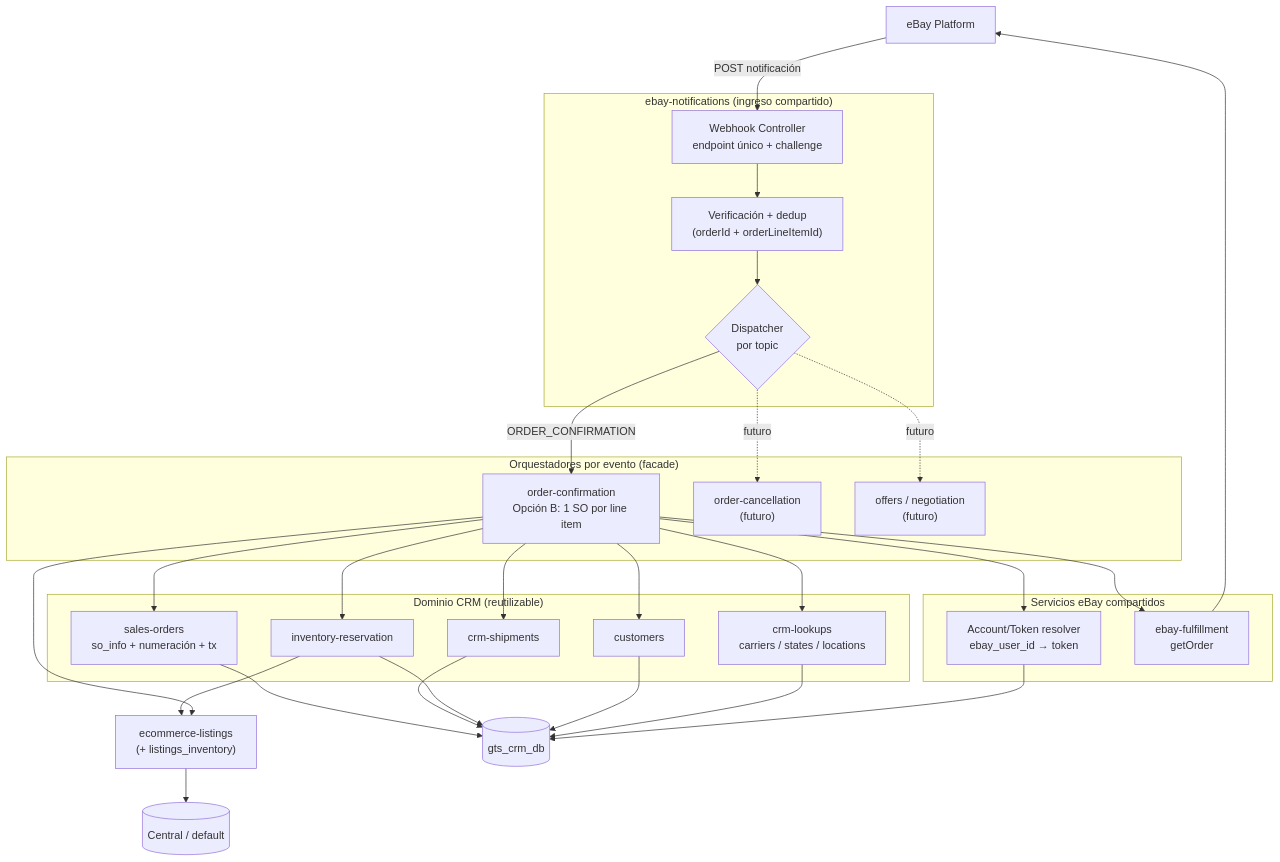
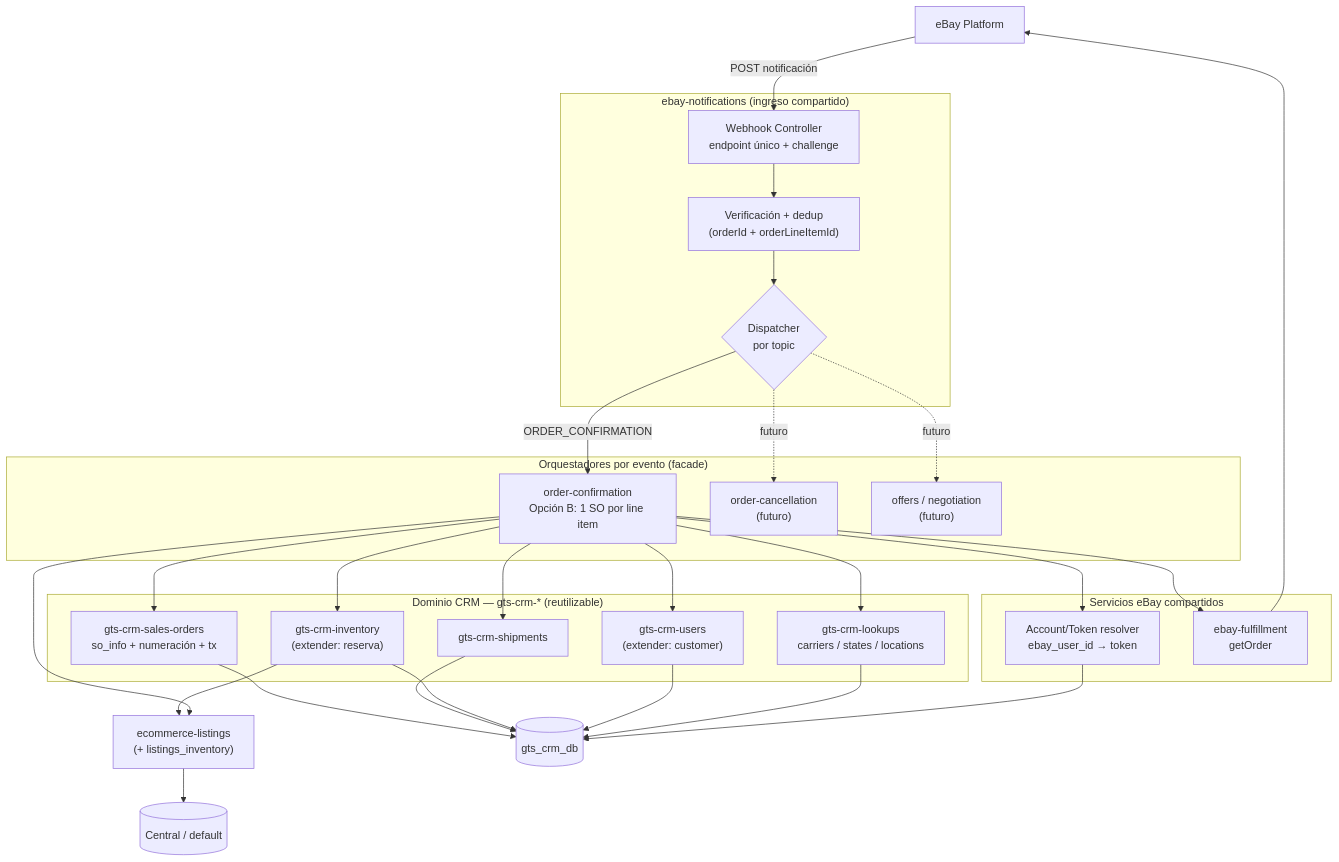
One commit to fjaviergd/docs-e-commerce-project changed the diagram in eBay-order-automation/Arquitectura del codigo.md. Above: the diagram before and after it, drawn with Mermaid. The commit also changed other lines of this file, not shown here.

Commit message:
docs: unifica convencion de nombres a gts-crm-* en la guia de arquitectura

````diff
--- a/eBay-order-automation/Arquitectura del codigo.md
+++ b/eBay-order-automation/Arquitectura del codigo.md
@@ -57,58 +58,58 @@
 ```mermaid
 flowchart TD
   eBay["eBay Platform"]
 
   subgraph ingress["ebay-notifications (ingreso compartido)"]
     WH["Webhook Controller<br/>endpoint único + challenge"]
     VER["Verificación + dedup<br/>(orderId + orderLineItemId)"]
     DISP{"Dispatcher<br/>por topic"}
   end
 
   subgraph orch["Orquestadores por evento (facade)"]
     OC["order-confirmation<br/>Opción B: 1 SO por line item"]
     CAN["order-cancellation<br/>(futuro)"]
     OF["offers / negotiation<br/>(futuro)"]
   end
 
   subgraph shared["Servicios eBay compartidos"]
     TOK["Account/Token resolver<br/>ebay_user_id → token"]
     FUL["ebay-fulfillment<br/>getOrder"]
   end
 
-  subgraph domain["Dominio CRM (reutilizable)"]
-    SO["sales-orders<br/>so_info + numeración + tx"]
-    SH["crm-shipments"]
-    RES["inventory-reservation"]
-    CU["customers"]
-    LK["crm-lookups<br/>carriers / states / locations"]
+  subgraph domain["Dominio CRM — gts-crm-* (reutilizable)"]
+    SO["gts-crm-sales-orders<br/>so_info + numeración + tx"]
+    SH["gts-crm-shipments"]
+    RES["gts-crm-inventory<br/>(extender: reserva)"]
+    CU["gts-crm-users<br/>(extender: customer)"]
+    LK["gts-crm-lookups<br/>carriers / states / locations"]
   end
 
   LST["ecommerce-listings<br/>(+ listings_inventory)"]
 
   DBcrm[("gts_crm_db")]
   DBcen[("Central / default")]
 
   eBay -->|"POST notificación"| WH --> VER --> DISP
   DISP -->|ORDER_CONFIRMATION| OC
   DISP -.->|futuro| CAN
   DISP -.->|futuro| OF
 
   OC --> TOK
   OC --> FUL
   OC --> CU
   OC --> RES
   OC --> SO
   OC --> SH
   OC --> LK
   RES --> LST
   OC --> LST
   FUL --> eBay
 
   SO --> DBcrm
   SH --> DBcrm
   RES --> DBcrm
   CU --> DBcrm
   LK --> DBcrm
   TOK --> DBcrm
   LST --> DBcen
 ```
````
